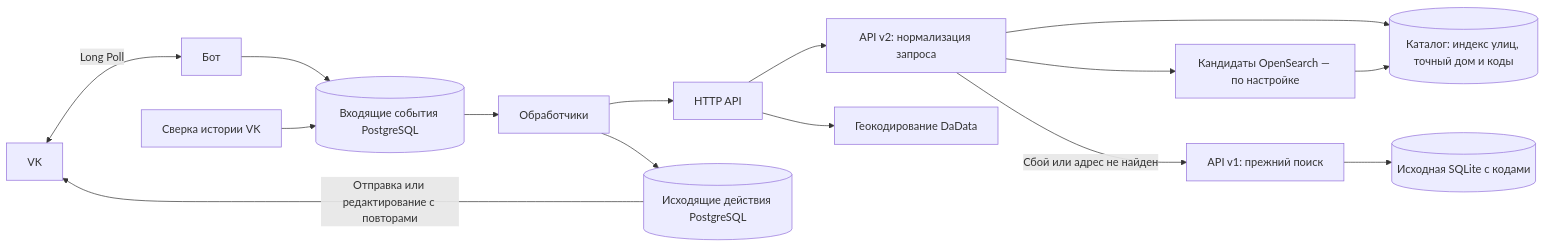
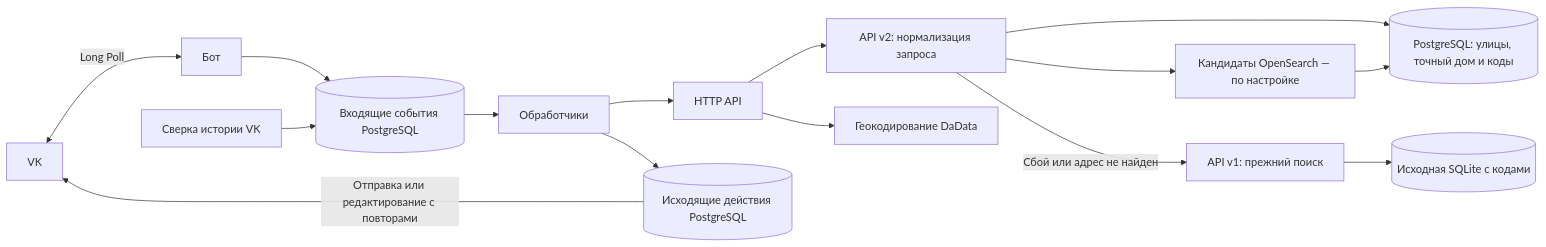
Before and after one commit to omkality/domofomka: the first of 4 diagrams in README.md, drawn with Mermaid. The commit also changed other lines of this file and 10 other files, not shown here.

Commit message:
docs: publish PostgreSQL schema, recovery procedure and dev verification

````diff
--- a/README.md
+++ b/README.md
@@ -8,17 +8,17 @@
 ```mermaid
 flowchart LR
     VK[VK] <-->|Long Poll| B[Бот]
     B --> I[(Входящие события PostgreSQL)]
     H[Сверка истории VK] --> I
     I --> W[Обработчики]
     W --> A[HTTP API]
     A --> V2[API v2: нормализация запроса]
-    V2 --> C[(Каталог: индекс улиц, точный дом и коды)]
+    V2 --> C[(PostgreSQL: улицы, точный дом и коды)]
     V2 --> OS[Кандидаты OpenSearch — по настройке]
     OS --> C
     V2 -->|Сбой или адрес не найден| V1[API v1: прежний поиск]
     V1 --> DB[(Исходная SQLite с кодами)]
     A --> D[Геокодирование DaData]
     W --> O[(Исходящие действия PostgreSQL)]
     O -->|Отправка или редактирование с повторами| VK
 ```
````
